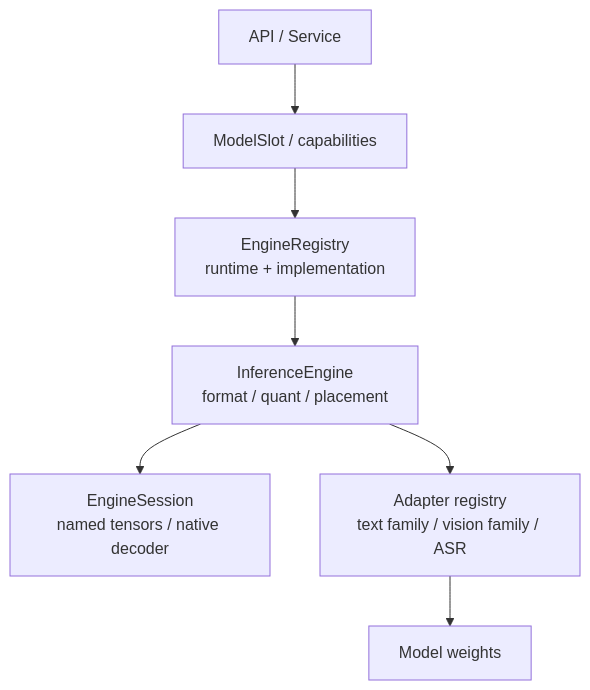
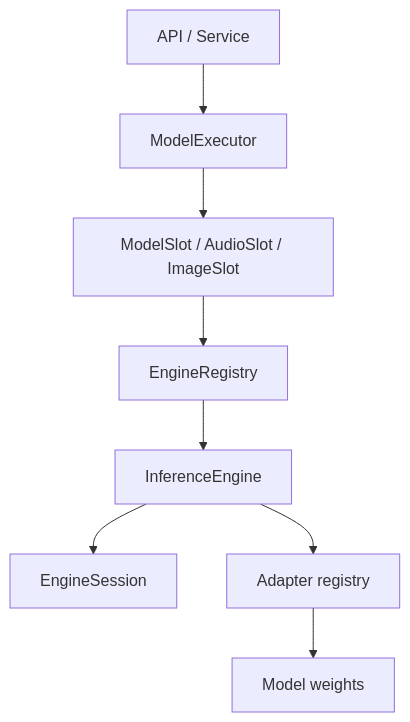
One commit to hongweifei/UniInfer changed the diagram in docs/ARCHITECTURE.md. Above: the diagram before and after it, drawn with Mermaid. The commit also changed other lines of this file and 12 other files, not shown here.

First line of the commit message:
docs: 统一当前架构、能力与路线图

````diff
--- a/docs/ARCHITECTURE.md
+++ b/docs/ARCHITECTURE.md
@@ -42,9 +38,10 @@
 ```mermaid
 flowchart TB
-  API["API / Service"] --> Slot["ModelSlot / capabilities"]
-  Slot --> Registry["EngineRegistry<br/>runtime + implementation"]
-  Registry --> Engine["InferenceEngine<br/>format / quant / placement"]
-  Engine --> Session["EngineSession<br/>named tensors / native decoder"]
-  Engine --> Adapters["Adapter registry<br/>text family / vision family / ASR"]
+  API["API / Service"] --> Exec["ModelExecutor"]
+  Exec --> Slot["ModelSlot / AudioSlot / ImageSlot"]
+  Slot --> Registry["EngineRegistry"]
+  Registry --> Engine["InferenceEngine"]
+  Engine --> Session["EngineSession"]
+  Engine --> Adapters["Adapter registry"]
   Adapters --> Model["Model weights"]
 ```
````
